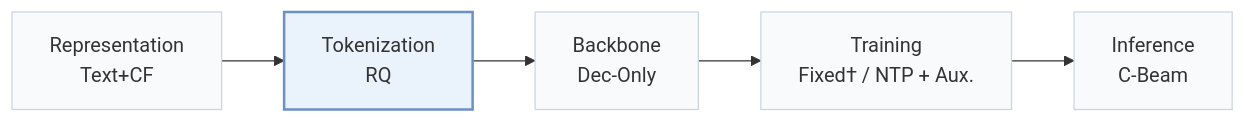
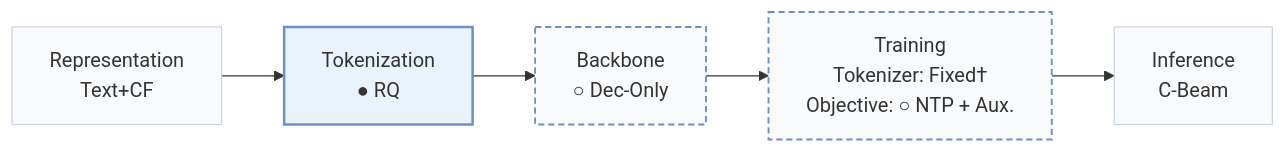
Before and after one commit to Galaxy-ghost/Awesome-SID-Generative-Rec: the first of 2 diagrams in pages/papers/mbgr.md, drawn with Mermaid. The commit also changed other lines of this file and 558 other files, not shown here.

````diff
--- a/pages/papers/mbgr.md
+++ b/pages/papers/mbgr.md
@@ -15,8 +18,10 @@
 ```mermaid
 flowchart LR
-    R["Representation<br/>Text+CF"] --> T["Tokenization<br/>RQ"] --> B["Backbone<br/>Dec-Only"] --> TR["Training<br/>Fixed† / NTP + Aux."] --> I["Inference<br/>C-Beam"]
+    R["Representation<br/>Text+CF"] --> T["Tokenization<br/>● RQ"] --> B["Backbone<br/>○ Dec-Only"] --> TR["Training<br/>Tokenizer: Fixed†<br/>Objective: ○ NTP + Aux."] --> I["Inference<br/>C-Beam"]
     classDef base fill:#f8fafc,stroke:#cbd5e1
     class R,T,B,TR,I base
+    classDef other fill:#f8fafc,stroke:#6b8fc7,stroke-width:1.5px,stroke-dasharray:5 3
+    class B,TR other
     classDef main fill:#eaf2fb,stroke:#6b8fc7,stroke-width:2px
     class T main
 ```
````
